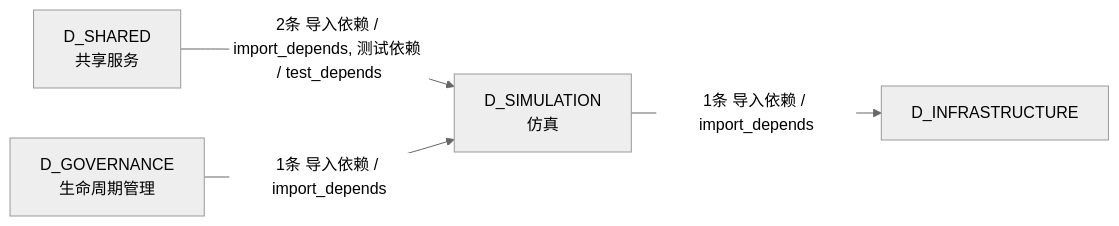
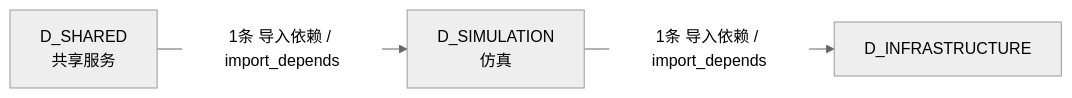
Before and after one commit to xuanFelixVan/ZephyrAlpha: the fourth of 4 diagrams in docs/02_enterprise_architecture/02_domain_architecture_docs/57_d_simulation.md, drawn with Mermaid (neutral theme). The commit also changed other lines of this file and 126 other files, not shown here.

````diff
--- a/docs/02_enterprise_architecture/02_domain_architecture_docs/57_d_simulation.md
+++ b/docs/02_enterprise_architecture/02_domain_architecture_docs/57_d_simulation.md
@@ -194,10 +154,8 @@
 ```mermaid
 graph LR
     D_SIMULATION["D_SIMULATION<br/>仿真"]
     D_INFRASTRUCTURE["D_INFRASTRUCTURE"]
     D_SHARED["D_SHARED<br/>共享服务"]
-    D_GOVERNANCE["D_GOVERNANCE<br/>生命周期管理"]
     D_SIMULATION -->|1条 导入依赖 / import_depends| D_INFRASTRUCTURE
-    D_SHARED -->|2条 导入依赖 / import_depends, 测试依赖 / test_depends| D_SIMULATION
-    D_GOVERNANCE -->|1条 导入依赖 / import_depends| D_SIMULATION
+    D_SHARED -->|1条 导入依赖 / import_depends| D_SIMULATION
 ```
````
